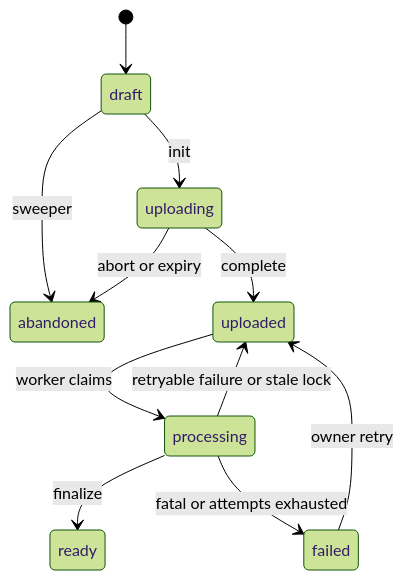
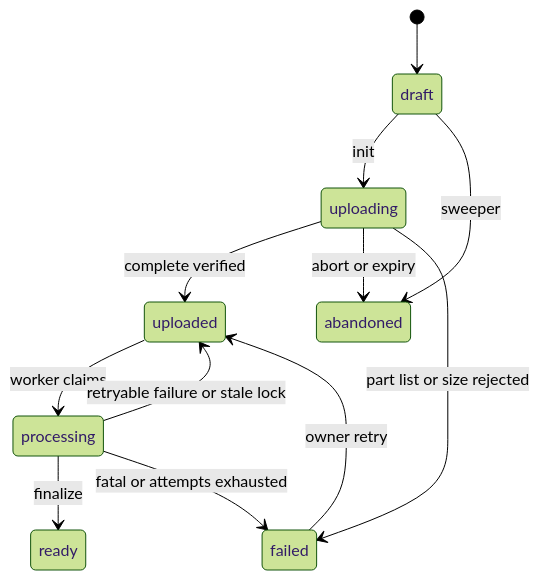
The second of 2 diagrams in docs/VIDEO_PIPELINE.md (stackmesh/youtube-style-platform), drawn with Mermaid (forest theme) before and after one commit. The commit also changed other lines of this file and 7 other files, not shown here.

Commit message:
docs: strengthen media security and deployment architecture

````diff
--- a/docs/VIDEO_PIPELINE.md
+++ b/docs/VIDEO_PIPELINE.md
@@ -155,13 +234,14 @@
 ```mermaid
 stateDiagram-v2
   [*] --> draft
   draft --> uploading: init
   draft --> abandoned: sweeper
-  uploading --> uploaded: complete
+  uploading --> uploaded: complete verified
   uploading --> abandoned: abort or expiry
+  uploading --> failed: part list or size rejected
   uploaded --> processing: worker claims
   processing --> ready: finalize
   processing --> uploaded: retryable failure or stale lock
   processing --> failed: fatal or attempts exhausted
   failed --> uploaded: owner retry
 ```
````
